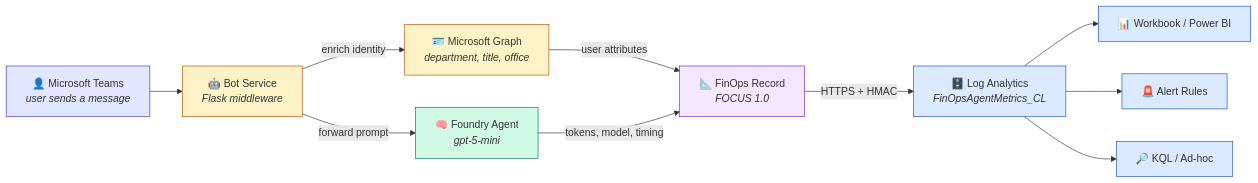
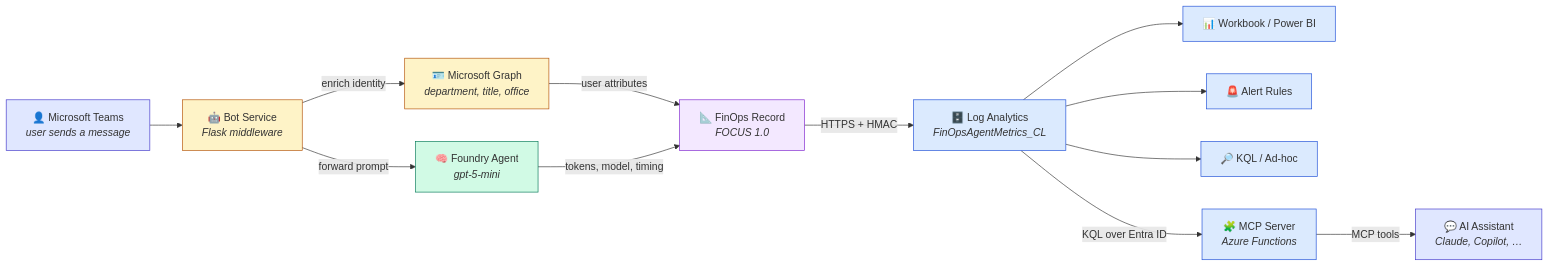
One commit to christopher-wilke-ms/finops-for-agents changed the diagram in README.md. Above: the diagram before and after it, drawn with Mermaid. The commit also changed other lines of this file, not shown here.

````diff
--- a/README.md
+++ b/README.md
@@ -72,32 +77,38 @@
 ```mermaid
 graph LR
     A["👤 Microsoft Teams<br/><i>user sends a message</i>"]
     B["🤖 Bot Service<br/><i>Flask middleware</i>"]
     C["🪪 Microsoft Graph<br/><i>department, title, office</i>"]
     D["🧠 Foundry Agent<br/><i>gpt-5-mini</i>"]
     E["📐 FinOps Record<br/><i>FOCUS 1.0</i>"]
     F["🗄️ Log Analytics<br/><i>FinOpsAgentMetrics_CL</i>"]
     G["📊 Workbook / Power BI"]
     H["🚨 Alert Rules"]
     I["🔎 KQL / Ad-hoc"]
+    J["🧩 MCP Server<br/><i>Azure Functions</i>"]
+    K["💬 AI Assistant<br/><i>Claude, Copilot, …</i>"]
 
     A --> B
     B -->|enrich identity| C
     B -->|forward prompt| D
     C -->|user attributes| E
     D -->|tokens, model, timing| E
     E -->|HTTPS + HMAC| F
     F --> G
     F --> H
     F --> I
+    F -->|KQL over Entra ID| J
+    J -->|MCP tools| K
 
     style A fill:#e0e7ff,stroke:#4338ca
     style B fill:#fef3c7,stroke:#b45309
     style C fill:#fef3c7,stroke:#b45309
     style D fill:#d1fae5,stroke:#047857
     style E fill:#f3e8ff,stroke:#7e22ce
     style F fill:#dbeafe,stroke:#1d4ed8
     style G fill:#dbeafe,stroke:#1d4ed8
     style H fill:#dbeafe,stroke:#1d4ed8
     style I fill:#dbeafe,stroke:#1d4ed8
+    style J fill:#dbeafe,stroke:#1d4ed8
+    style K fill:#e0e7ff,stroke:#4338ca
 ```
````
